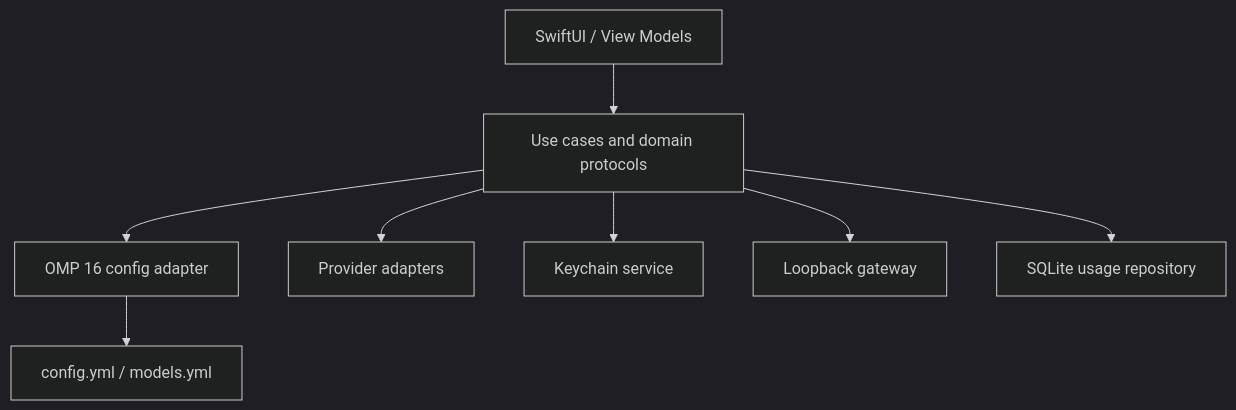
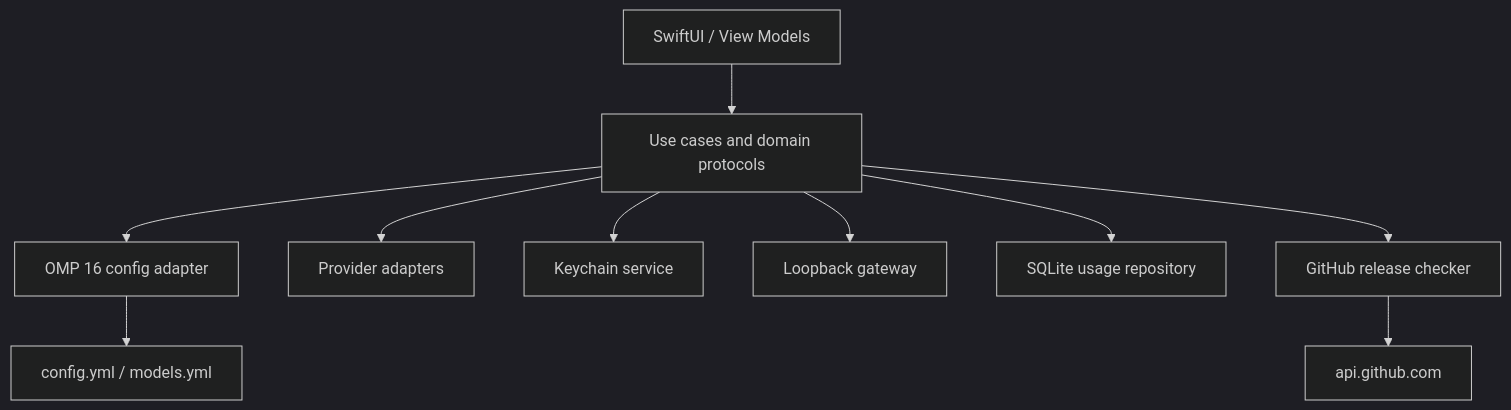
Before and after one commit to isaac-sun/omp-api-manager: the diagram in docs/architecture.md, drawn with Mermaid (dark theme). The commit also changed other lines of this file and 21 other files, not shown here.

````diff
--- a/docs/architecture.md
+++ b/docs/architecture.md
@@ -7,10 +7,12 @@
 ```mermaid
 flowchart TB
   UI["SwiftUI / View Models"] --> Core["Use cases and domain protocols"]
   Core --> OMP["OMP 16 config adapter"]
   Core --> Provider["Provider adapters"]
   Core --> Vault["Keychain service"]
   Core --> Gateway["Loopback gateway"]
   Core --> Store["SQLite usage repository"]
+  Core --> Updates["GitHub release checker"]
   OMP --> Files["config.yml / models.yml"]
+  Updates --> GitHub["api.github.com"]
 ```
````
